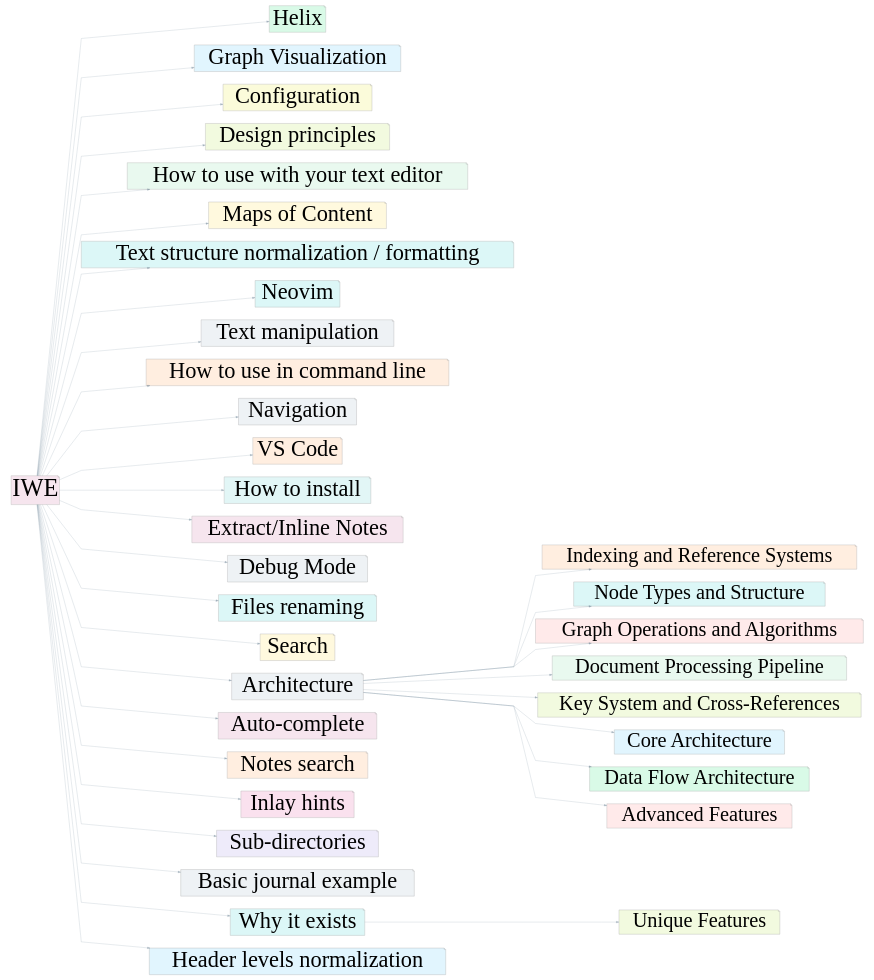
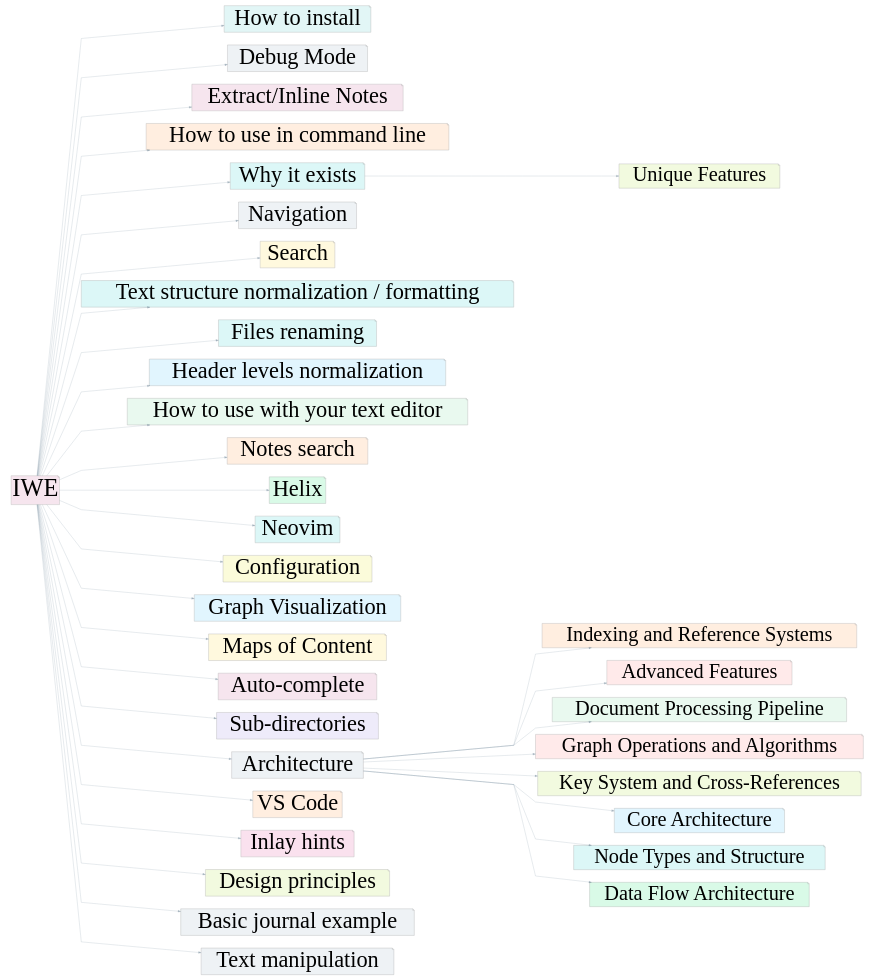
Before and after one commit to iwe-org/iwe: the diagram in docs/docs-basic.dot, drawn with Graphviz. The commit also changed other lines of this file and 3 other files, not shown here.

```diff
--- a/docs/docs-basic.dot
+++ b/docs/docs-basic.dot
@@ -1,79 +1,79 @@
 digraph G {
   rankdir=LR
   fontname=Verdana
   fontsize=13
   nodesep=0.7
   splines=polyline
   pad="0.5,0.2"
   ranksep=1.2
   overlap=false
+  549[label="How to install",fillcolor="#e2f6f6",fontsize=88,fontname=Verdana,color="#b3b3b3",penwidth=1.5,shape=note,style=filled]
+  152[label="Debug Mode",fillcolor="#eef2f5",fontsize=88,fontname=Verdana,color="#b3b3b3",penwidth=1.5,shape=note,style=filled]
+  215[label="Extract/Inline Notes",fillcolor="#f6e5ee",fontsize=88,fontname=Verdana,color="#b3b3b3",penwidth=1.5,shape=note,style=filled]
+  366[label="How to use in command line",fillcolor="#ffeee0",fontsize=88,fontname=Verdana,color="#b3b3b3",penwidth=1.5,shape=note,style=filled]
+  710[label="Indexing and Reference Systems",fillcolor="#ffeee0",fontsize=80,fontname=Verdana,color="#b3b3b3",penwidth=1.5,shape=note,style=filled]
+  1158[label="Why it exists",fillcolor="#dcf7f7",fontsize=88,fontname=Verdana,color="#b3b3b3",penwidth=1.5,shape=note,style=filled]
+  230[label="Navigation",fillcolor="#eef2f5",fontsize=88,fontname=Verdana,color="#b3b3b3",penwidth=1.5,shape=note,style=filled]
+  247[label="Search",fillcolor="#fff9de",fontsize=88,fontname=Verdana,color="#b3b3b3",penwidth=1.5,shape=note,style=filled]
+  204[label="Text structure normalization / formatting",fillcolor="#dcf7f7",fontsize=88,fontname=Verdana,color="#b3b3b3",penwidth=1.5,shape=note,style=filled]
+  254[label="Files renaming",fillcolor="#dcf7f7",fontsize=88,fontname=Verdana,color="#b3b3b3",penwidth=1.5,shape=note,style=filled]
+  236[label="Header levels normalization",fillcolor="#e1f5fe",fontsize=88,fontname=Verdana,color="#b3b3b3",penwidth=1.5,shape=note,style=filled]
+  562[label="How to use with your text editor",fillcolor="#e9f9ef",fontsize=88,fontname=Verdana,color="#b3b3b3",penwidth=1.5,shape=note,style=filled]
+  257[label="Notes search",fillcolor="#ffeee0",fontsize=88,fontname=Verdana,color="#b3b3b3",penwidth=1.5,shape=note,style=filled]
+  509[label="Advanced Features",fillcolor="#ffeaea",fontsize=80,fontname=Verdana,color="#b3b3b3",penwidth=1.5,shape=note,style=filled]
   536[label="Helix",fillcolor="#d9fae7",fontsize=88,fontname=Verdana,color="#b3b3b3",penwidth=1.5,shape=note,style=filled]
+  800[label="Neovim",fillcolor="#dcf7f7",fontsize=88,fontname=Verdana,color="#b3b3b3",penwidth=1.5,shape=note,style=filled]
+  78[label="Configuration",fillcolor="#fbfbda",fontsize=88,fontname=Verdana,color="#b3b3b3",penwidth=1.5,shape=note,style=filled]
   293[label="Graph Visualization",fillcolor="#e1f5fe",fontsize=88,fontname=Verdana,color="#b3b3b3",penwidth=1.5,shape=note,style=filled]
-  78[label="Configuration",fillcolor="#fbfbda",fontsize=88,fontname=Verdana,color="#b3b3b3",penwidth=1.5,shape=note,style=filled]
+  166[label="Document Processing Pipeline",fillcolor="#e9f9ef",fontsize=80,fontname=Verdana,color="#b3b3b3",penwidth=1.5,shape=note,style=filled]
+  498[label="Graph Operations and Algorithms",fillcolor="#ffeaea",fontsize=80,fontname=Verdana,color="#b3b3b3",penwidth=1.5,shape=note,style=filled]
+  730[label="Key System and Cross-References",fillcolor="#f2fadf",fontsize=80,fontname=Verdana,color="#b3b3b3",penwidth=1.5,shape=note,style=filled]
+  677[label="IWE",fillcolor="#f6e5ee",fontsize=96,fontname=Verdana,color="#b3b3b3",penwidth=1.5,shape=note,style=filled]
+  748[label="Maps of Content",fillcolor="#fff9de",fontsize=88,fontname=Verdana,color="#b3b3b3",penwidth=1.5,shape=note,style=filled]
+  212[label="Auto-complete",fillcolor="#f6e5ee",fontsize=88,fontname=Verdana,color="#b3b3b3",penwidth=1.5,shape=note,style=filled]
+  265[label="Sub-directories",fillcolor="#eeebfa",fontsize=88,fontname=Verdana,color="#b3b3b3",penwidth=1.5,shape=note,style=filled]
+  1[label="Architecture",fillcolor="#eef2f5",fontsize=88,fontname=Verdana,color="#b3b3b3",penwidth=1.5,shape=note,style=filled]
+  134[label="Core Architecture",fillcolor="#e1f5fe",fontsize=80,fontname=Verdana,color="#b3b3b3",penwidth=1.5,shape=note,style=filled]
+  1016[label="VS Code",fillcolor="#ffeee0",fontsize=88,fontname=Verdana,color="#b3b3b3",penwidth=1.5,shape=note,style=filled]
+  991[label="Node Types and Structure",fillcolor="#dcf7f7",fontsize=80,fontname=Verdana,color="#b3b3b3",penwidth=1.5,shape=note,style=filled]
+  226[label="Inlay hints",fillcolor="#fae1ee",fontsize=88,fontname=Verdana,color="#b3b3b3",penwidth=1.5,shape=note,style=filled]
   156[label="Design principles",fillcolor="#f2fadf",fontsize=88,fontname=Verdana,color="#b3b3b3",penwidth=1.5,shape=note,style=filled]
-  562[label="How to use with your text editor",fillcolor="#e9f9ef",fontsize=88,fontname=Verdana,color="#b3b3b3",penwidth=1.5,shape=note,style=filled]
-  748[label="Maps of Content",fillcolor="#fff9de",fontsize=88,fontname=Verdana,color="#b3b3b3",penwidth=1.5,shape=note,style=filled]
-  710[label="Indexing and Reference Systems",fillcolor="#ffeee0",fontsize=80,fontname=Verdana,color="#b3b3b3",penwidth=1.5,shape=note,style=filled]
-  204[label="Text structure normalization / formatting",fillcolor="#dcf7f7",fontsize=88,fontname=Verdana,color="#b3b3b3",penwidth=1.5,shape=note,style=filled]
-  800[label="Neovim",fillcolor="#dcf7f7",fontsize=88,fontname=Verdana,color="#b3b3b3",penwidth=1.5,shape=note,style=filled]
+  183[label="Basic journal example",fillcolor="#eef2f5",fontsize=88,fontname=Verdana,color="#b3b3b3",penwidth=1.5,shape=note,style=filled]
+  109[label="Data Flow Architecture",fillcolor="#d9fae7",fontsize=80,fontname=Verdana,color="#b3b3b3",penwidth=1.5,shape=note,style=filled]
   287[label="Text manipulation",fillcolor="#eef2f5",fontsize=88,fontname=Verdana,color="#b3b3b3",penwidth=1.5,shape=note,style=filled]
-  991[label="Node Types and Structure",fillcolor="#dcf7f7",fontsize=80,fontname=Verdana,color="#b3b3b3",penwidth=1.5,shape=note,style=filled]
-  366[label="How to use in command line",fillcolor="#ffeee0",fontsize=88,fontname=Verdana,color="#b3b3b3",penwidth=1.5,shape=note,style=filled]
-  230[label="Navigation",fillcolor="#eef2f5",fontsize=88,fontname=Verdana,color="#b3b3b3",penwidth=1.5,shape=note,style=filled]
-  677[label="IWE",fillcolor="#f6e5ee",fontsize=96,fontname=Verdana,color="#b3b3b3",penwidth=1.5,shape=note,style=filled]
-  1016[label="VS Code",fillcolor="#ffeee0",fontsize=88,fontname=Verdana,color="#b3b3b3",penwidth=1.5,shape=note,style=filled]
-  549[label="How to install",fillcolor="#e2f6f6",fontsize=88,fontname=Verdana,color="#b3b3b3",penwidth=1.5,shape=note,style=filled]
-  498[label="Graph Operations and Algorithms",fillcolor="#ffeaea",fontsize=80,fontname=Verdana,color="#b3b3b3",penwidth=1.5,shape=note,style=filled]
-  166[label="Document Processing Pipeline",fillcolor="#e9f9ef",fontsize=80,fontname=Verdana,color="#b3b3b3",penwidth=1.5,shape=note,style=filled]
-  215[label="Extract/Inline Notes",fillcolor="#f6e5ee",fontsize=88,fontname=Verdana,color="#b3b3b3",penwidth=1.5,shape=note,style=filled]
-  152[label="Debug Mode",fillcolor="#eef2f5",fontsize=88,fontname=Verdana,color="#b3b3b3",penwidth=1.5,shape=note,style=filled]
-  254[label="Files renaming",fillcolor="#dcf7f7",fontsize=88,fontname=Verdana,color="#b3b3b3",penwidth=1.5,shape=note,style=filled]
-  247[label="Search",fillcolor="#fff9de",fontsize=88,fontname=Verdana,color="#b3b3b3",penwidth=1.5,shape=note,style=filled]
-  1[label="Architecture",fillcolor="#eef2f5",fontsize=88,fontname=Verdana,color="#b3b3b3",penwidth=1.5,shape=note,style=filled]
   12[label="Unique Features",fillcolor="#f2fadf",fontsize=80,fontname=Verdana,color="#b3b3b3",penwidth=1.5,shape=note,style=filled]
-  212[label="Auto-complete",fillcolor="#f6e5ee",fontsize=88,fontname=Verdana,color="#b3b3b3",penwidth=1.5,shape=note,style=filled]
-  730[label="Key System and Cross-References",fillcolor="#f2fadf",fontsize=80,fontname=Verdana,color="#b3b3b3",penwidth=1.5,shape=note,style=filled]
-  257[label="Notes search",fillcolor="#ffeee0",fontsize=88,fontname=Verdana,color="#b3b3b3",penwidth=1.5,shape=note,style=filled]
-  226[label="Inlay hints",fillcolor="#fae1ee",fontsize=88,fontname=Verdana,color="#b3b3b3",penwidth=1.5,shape=note,style=filled]
-  265[label="Sub-directories",fillcolor="#eeebfa",fontsize=88,fontname=Verdana,color="#b3b3b3",penwidth=1.5,shape=note,style=filled]
-  183[label="Basic journal example",fillcolor="#eef2f5",fontsize=88,fontname=Verdana,color="#b3b3b3",penwidth=1.5,shape=note,style=filled]
-  134[label="Core Architecture",fillcolor="#e1f5fe",fontsize=80,fontname=Verdana,color="#b3b3b3",penwidth=1.5,shape=note,style=filled]
-  1158[label="Why it exists",fillcolor="#dcf7f7",fontsize=88,fontname=Verdana,color="#b3b3b3",penwidth=1.5,shape=note,style=filled]
-  236[label="Header levels normalization",fillcolor="#e1f5fe",fontsize=88,fontname=Verdana,color="#b3b3b3",penwidth=1.5,shape=note,style=filled]
-  109[label="Data Flow Architecture",fillcolor="#d9fae7",fontsize=80,fontname=Verdana,color="#b3b3b3",penwidth=1.5,shape=note,style=filled]
-  509[label="Advanced Features",fillcolor="#ffeaea",fontsize=80,fontname=Verdana,color="#b3b3b3",penwidth=1.5,shape=note,style=filled]
+  677 -> 536 [color="#38546c66",arrowhead=normal,penwidth=1.2]
+  677 -> 236 [color="#38546c66",arrowhead=normal,penwidth=1.2]
+  677 -> 1158 [color="#38546c66",arrowhead=normal,penwidth=1.2]
+  677 -> 78 [color="#38546c66",arrowhead=normal,penwidth=1.2]
+  677 -> 366 [color="#38546c66",arrowhead=normal,penwidth=1.2]
+  677 -> 800 [color="#38546c66",arrowhead=normal,penwidth=1.2]
+  677 -> 265 [color="#38546c66",arrowhead=normal,penwidth=1.2]
+  677 -> 549 [color="#38546c66",arrowhead=normal,penwidth=1.2]
+  677 -> 247 [color="#38546c66",arrowhead=normal,penwidth=1.2]
+  677 -> 204 [color="#38546c66",arrowhead=normal,penwidth=1.2]
+  677 -> 254 [color="#38546c66",arrowhead=normal,penwidth=1.2]
+  677 -> 293 [color="#38546c66",arrowhead=normal,penwidth=1.2]
+  677 -> 183 [color="#38546c66",arrowhead=normal,penwidth=1.2]
   677 -> 226 [color="#38546c66",arrowhead=normal,penwidth=1.2]
+  677 -> 1 [color="#38546c66",arrowhead=normal,penwidth=1.2]
+  677 -> 1016 [color="#38546c66",arrowhead=normal,penwidth=1.2]
+  677 -> 156 [color="#38546c66",arrowhead=normal,penwidth=1.2]
+  677 -> 562 [color="#38546c66",arrowhead=normal,penwidth=1.2]
+  677 -> 287 [color="#38546c66",arrowhead=normal,penwidth=1.2]
+  677 -> 212 [color="#38546c66",arrowhead=normal,penwidth=1.2]
+  677 -> 152 [color="#38546c66",arrowhead=normal,penwidth=1.2]
+  677 -> 748 [color="#38546c66",arrowhead=normal,penwidth=1.2]
   677 -> 215 [color="#38546c66",arrowhead=normal,penwidth=1.2]
-  677 -> 212 [color="#38546c66",arrowhead=normal,penwidth=1.2]
-  677 -> 287 [color="#38546c66",arrowhead=normal,penwidth=1.2]
-  677 -> 562 [color="#38546c66",arrowhead=normal,penwidth=1.2]
-  677 -> 1 [color="#38546c66",arrowhead=normal,penwidth=1.2]
-  677 -> 748 [color="#38546c66",arrowhead=normal,penwidth=1.2]
   677 -> 257 [color="#38546c66",arrowhead=normal,penwidth=1.2]
-  677 -> 254 [color="#38546c66",arrowhead=normal,penwidth=1.2]
-  677 -> 156 [color="#38546c66",arrowhead=normal,penwidth=1.2]
-  677 -> 800 [color="#38546c66",arrowhead=normal,penwidth=1.2]
-  677 -> 549 [color="#38546c66",arrowhead=normal,penwidth=1.2]
-  677 -> 536 [color="#38546c66",arrowhead=normal,penwidth=1.2]
   677 -> 230 [color="#38546c66",arrowhead=normal,penwidth=1.2]
-  677 -> 1016 [color="#38546c66",arrowhead=normal,penwidth=1.2]
-  677 -> 152 [color="#38546c66",arrowhead=normal,penwidth=1.2]
-  677 -> 204 [color="#38546c66",arrowhead=normal,penwidth=1.2]
-  677 -> 183 [color="#38546c66",arrowhead=normal,penwidth=1.2]
-  677 -> 293 [color="#38546c66",arrowhead=normal,penwidth=1.2]
-  677 -> 78 [color="#38546c66",arrowhead=normal,penwidth=1.2]
-  677 -> 1158 [color="#38546c66",arrowhead=normal,penwidth=1.2]
-  677 -> 265 [color="#38546c66",arrowhead=normal,penwidth=1.2]
-  677 -> 247 [color="#38546c66",arrowhead=normal,penwidth=1.2]
-  677 -> 236 [color="#38546c66",arrowhead=normal,penwidth=1.2]
-  677 -> 366 [color="#38546c66",arrowhead=normal,penwidth=1.2]
+  1 -> 710 [color="#38546c66",arrowhead=normal,penwidth=1.2]
+  1 -> 109 [color="#38546c66",arrowhead=normal,penwidth=1.2]
+  1 -> 166 [color="#38546c66",arrowhead=normal,penwidth=1.2]
   1 -> 991 [color="#38546c66",arrowhead=normal,penwidth=1.2]
   1 -> 134 [color="#38546c66",arrowhead=normal,penwidth=1.2]
   1 -> 509 [color="#38546c66",arrowhead=normal,penwidth=1.2]
+  1 -> 498 [color="#38546c66",arrowhead=normal,penwidth=1.2]
   1 -> 730 [color="#38546c66",arrowhead=normal,penwidth=1.2]
-  1 -> 710 [color="#38546c66",arrowhead=normal,penwidth=1.2]
-  1 -> 166 [color="#38546c66",arrowhead=normal,penwidth=1.2]
-  1 -> 498 [color="#38546c66",arrowhead=normal,penwidth=1.2]
-  1 -> 109 [color="#38546c66",arrowhead=normal,penwidth=1.2]
   1158 -> 12 [color="#38546c66",arrowhead=normal,penwidth=1.2]
 }
```
